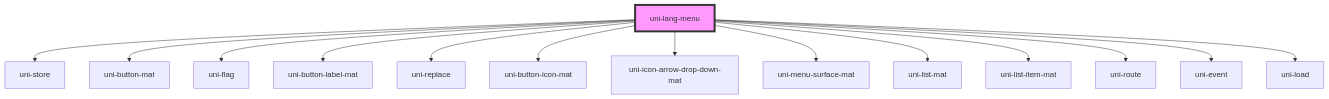
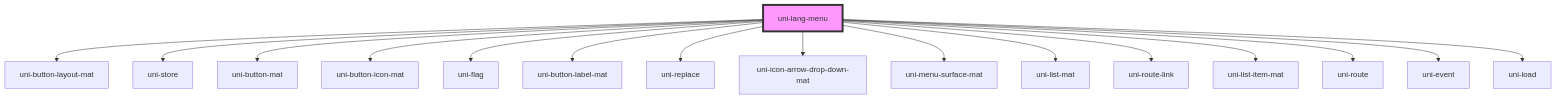
One commit to uiregex/uni-localize changed the diagram in src/lang-menu/components/@main/readme.md. Above: the diagram before and after it, drawn with Mermaid. The commit also changed other lines of this file and 31 other files, not shown here.

````diff
--- a/src/lang-menu/components/@main/readme.md
+++ b/src/lang-menu/components/@main/readme.md
@@ -40,17 +45,19 @@
 ```mermaid
 graph TD;
+  uni-lang-menu --> uni-button-layout-mat
   uni-lang-menu --> uni-store
   uni-lang-menu --> uni-button-mat
+  uni-lang-menu --> uni-button-icon-mat
   uni-lang-menu --> uni-flag
   uni-lang-menu --> uni-button-label-mat
   uni-lang-menu --> uni-replace
-  uni-lang-menu --> uni-button-icon-mat
   uni-lang-menu --> uni-icon-arrow-drop-down-mat
   uni-lang-menu --> uni-menu-surface-mat
   uni-lang-menu --> uni-list-mat
+  uni-lang-menu --> uni-route-link
   uni-lang-menu --> uni-list-item-mat
   uni-lang-menu --> uni-route
   uni-lang-menu --> uni-event
   uni-lang-menu --> uni-load
   style uni-lang-menu fill:#f9f,stroke:#333,stroke-width:4px
 ```
````
